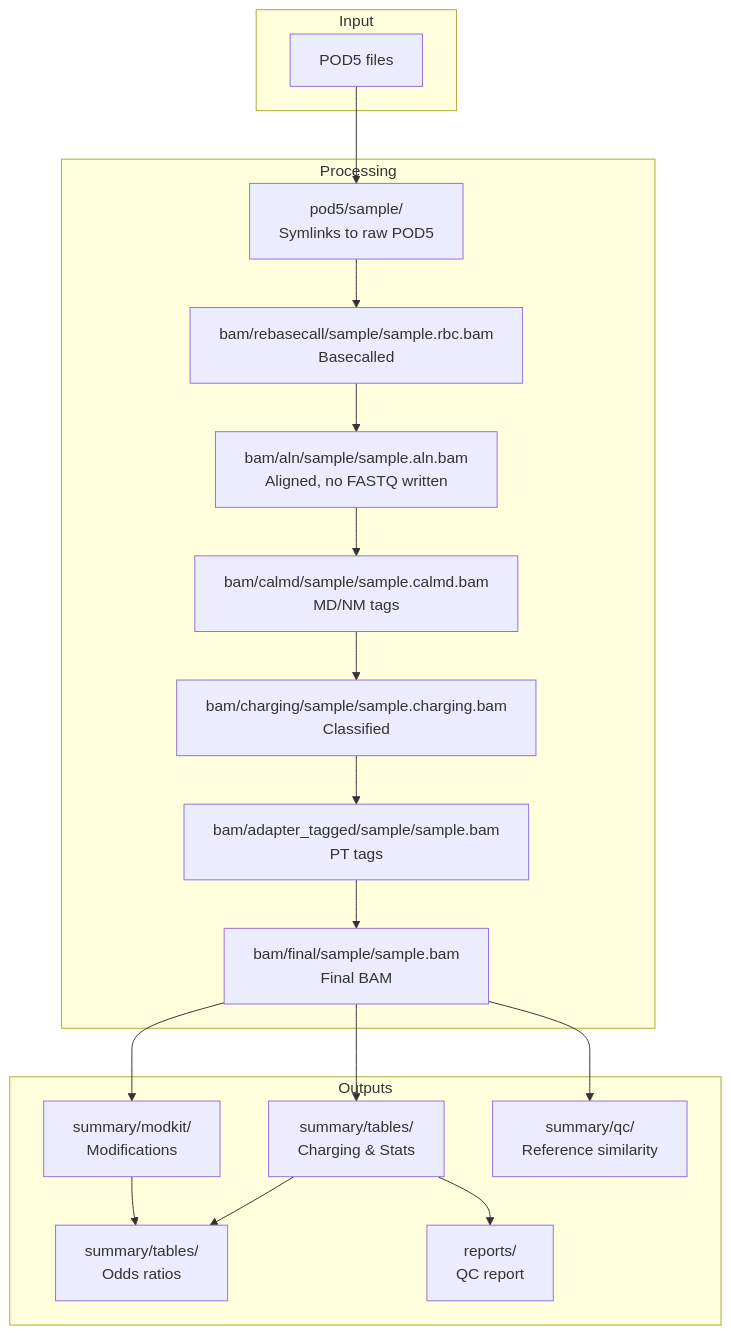
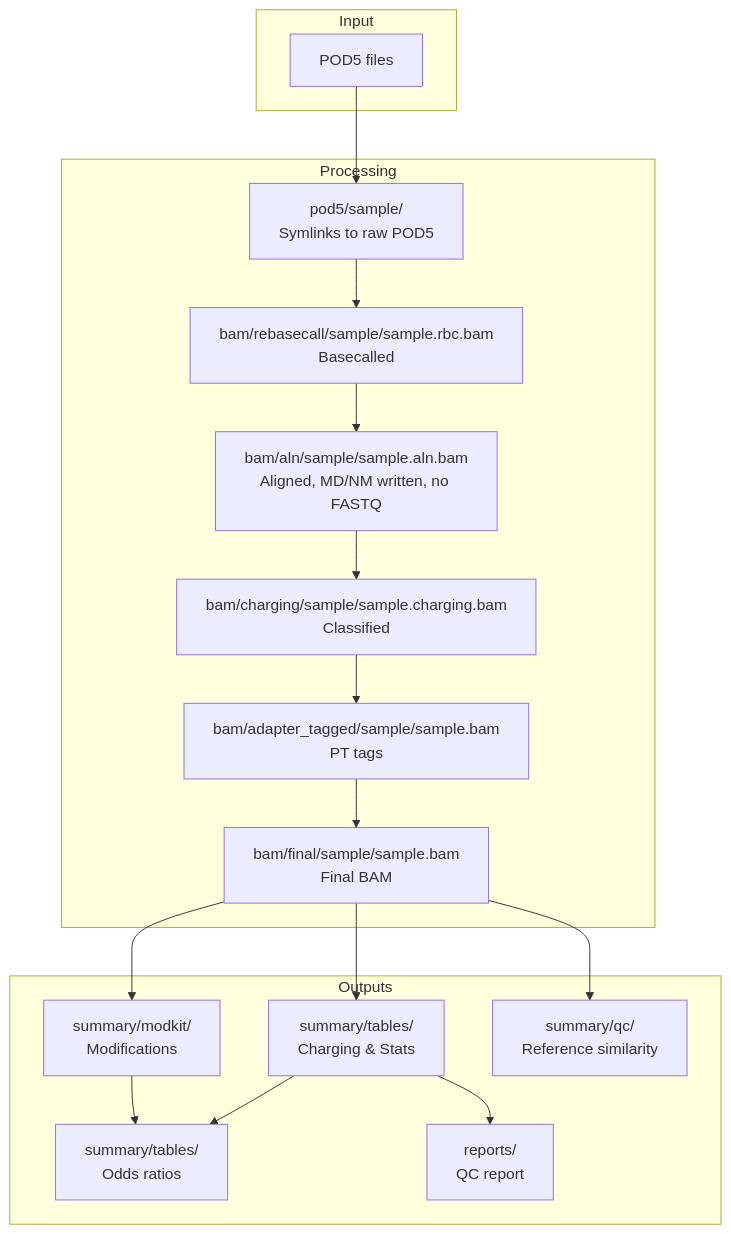
Before and after one commit to rnabioco/aa-tRNA-seq-pipeline: the diagram in docs/user-guide/outputs.md, drawn with Mermaid. The commit also changed other lines of this file and 42 other files, not shown here.

````diff
--- a/docs/user-guide/outputs.md
+++ b/docs/user-guide/outputs.md
@@ -28,32 +27,31 @@
 ```mermaid
 flowchart TB
     subgraph Input
         A[POD5 files]
     end
 
     subgraph Processing
         B[pod5/sample/<br/>Symlinks to raw POD5]
         C[bam/rebasecall/sample/sample.rbc.bam<br/>Basecalled]
-        E[bam/aln/sample/sample.aln.bam<br/>Aligned, no FASTQ written]
-        CM[bam/calmd/sample/sample.calmd.bam<br/>MD/NM tags]
+        E[bam/aln/sample/sample.aln.bam<br/>Aligned, MD/NM written, no FASTQ]
         F[bam/charging/sample/sample.charging.bam<br/>Classified]
         AT[bam/adapter_tagged/sample/sample.bam<br/>PT tags]
         G[bam/final/sample/sample.bam<br/>Final BAM]
     end
 
     subgraph Outputs
         H[summary/tables/<br/>Charging & Stats]
         I[summary/modkit/<br/>Modifications]
         J[summary/qc/<br/>Reference similarity]
         K[summary/tables/<br/>Odds ratios]
         L[reports/<br/>QC report]
     end
 
-    A --> B --> C --> E --> CM --> F --> AT --> G
+    A --> B --> C --> E --> F --> AT --> G
     G --> H
     G --> I
     G --> J
     I --> K
     H --> K
     H --> L
 ```
````
